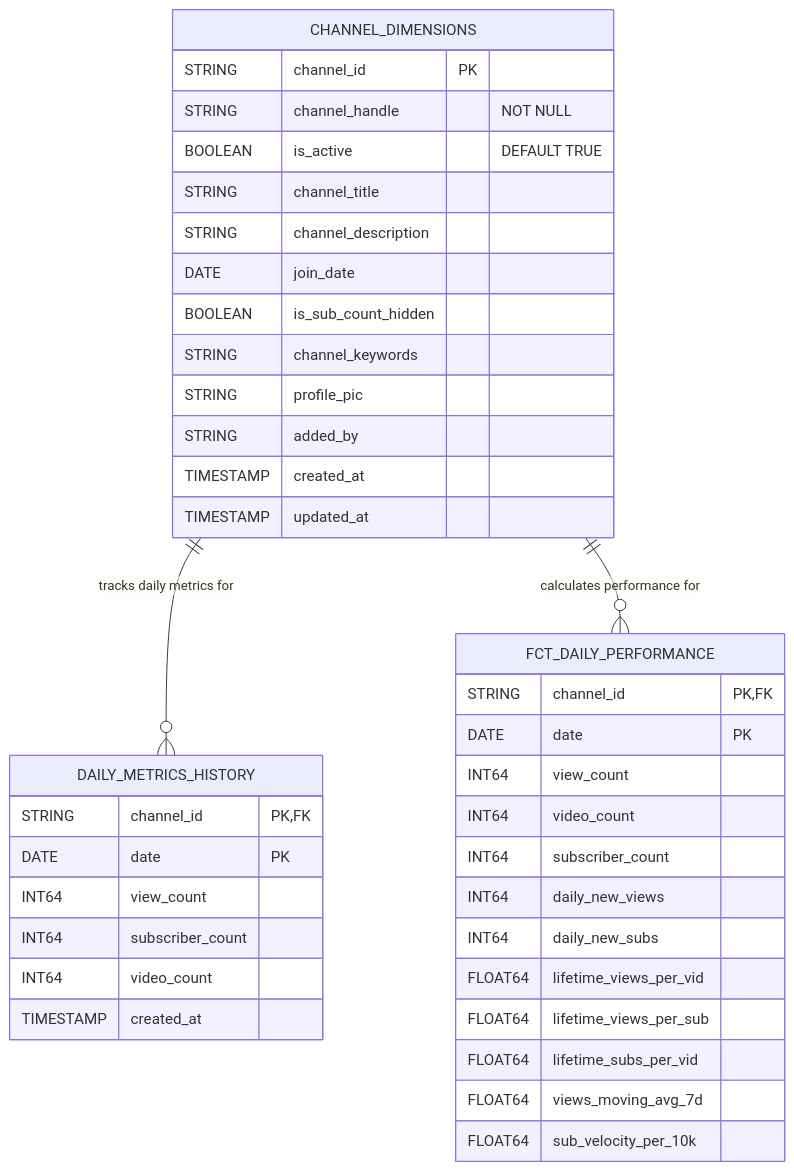
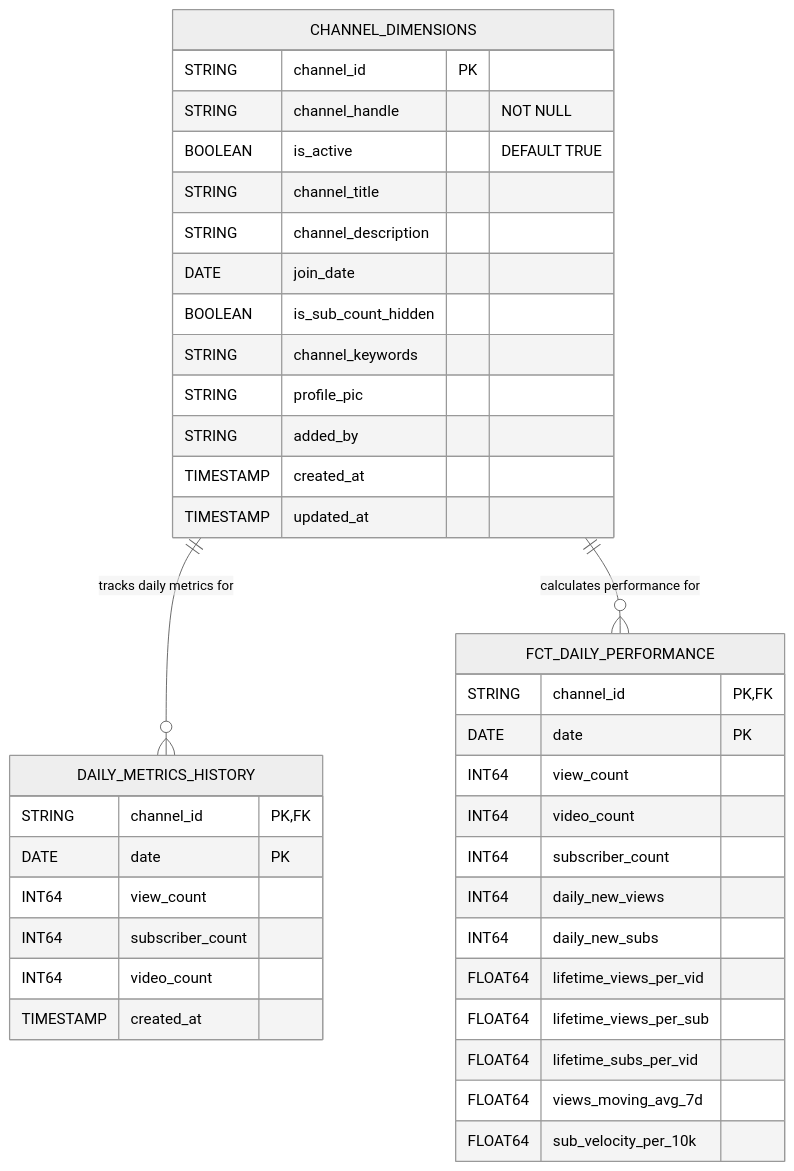
Before and after one commit to SimonLiles/sailing_channel_dashboard: the second of 2 diagrams in README.md, drawn with Mermaid. The commit also changed other lines of this file, not shown here.

````diff
--- a/README.md
+++ b/README.md
@@ -40,46 +41,47 @@
 ```mermaid
+%%{init: {'theme': 'neutral'}}%%
 erDiagram
     %% Entities and Attributes
     CHANNEL_DIMENSIONS {
         STRING channel_id PK
         STRING channel_handle "NOT NULL"
         BOOLEAN is_active "DEFAULT TRUE"
         STRING channel_title
         STRING channel_description
         DATE join_date
         BOOLEAN is_sub_count_hidden
         STRING channel_keywords
         STRING profile_pic
         STRING added_by
         TIMESTAMP created_at
         TIMESTAMP updated_at
     }
 
     DAILY_METRICS_HISTORY {
         STRING channel_id PK, FK
         DATE date PK
         INT64 view_count
         INT64 subscriber_count
         INT64 video_count
         TIMESTAMP created_at
     }
 
     FCT_DAILY_PERFORMANCE {
         STRING channel_id PK, FK
         DATE date PK
         INT64 view_count
         INT64 video_count
         INT64 subscriber_count
         INT64 daily_new_views
         INT64 daily_new_subs
         FLOAT64 lifetime_views_per_vid
         FLOAT64 lifetime_views_per_sub
         FLOAT64 lifetime_subs_per_vid
         FLOAT64 views_moving_avg_7d
         FLOAT64 sub_velocity_per_10k
     }
 
     %% Relationships
     CHANNEL_DIMENSIONS ||--o{ DAILY_METRICS_HISTORY : "tracks daily metrics for"
     CHANNEL_DIMENSIONS ||--o{ FCT_DAILY_PERFORMANCE : "calculates performance for"
 ```
````
